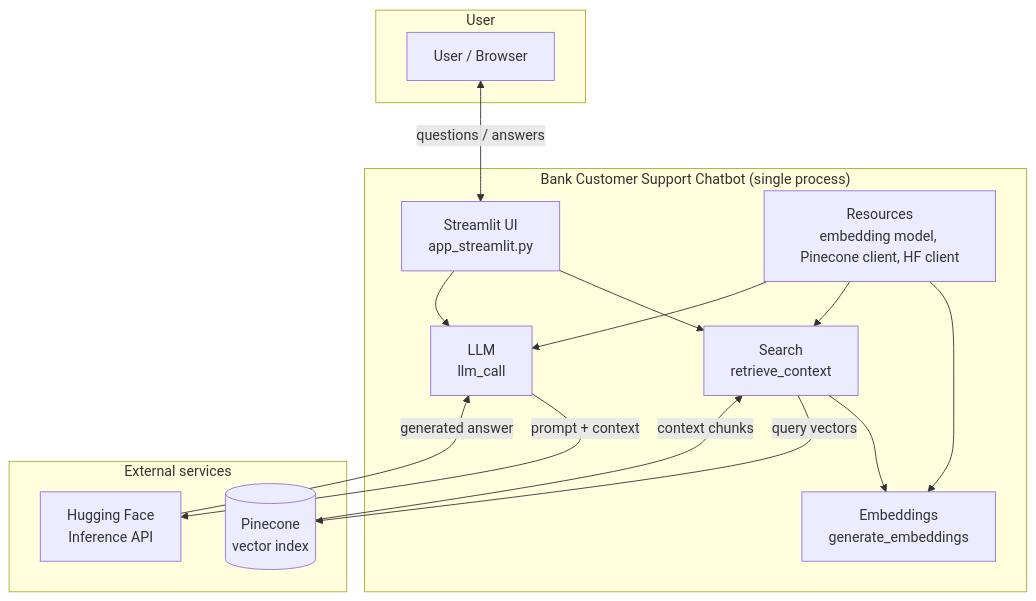
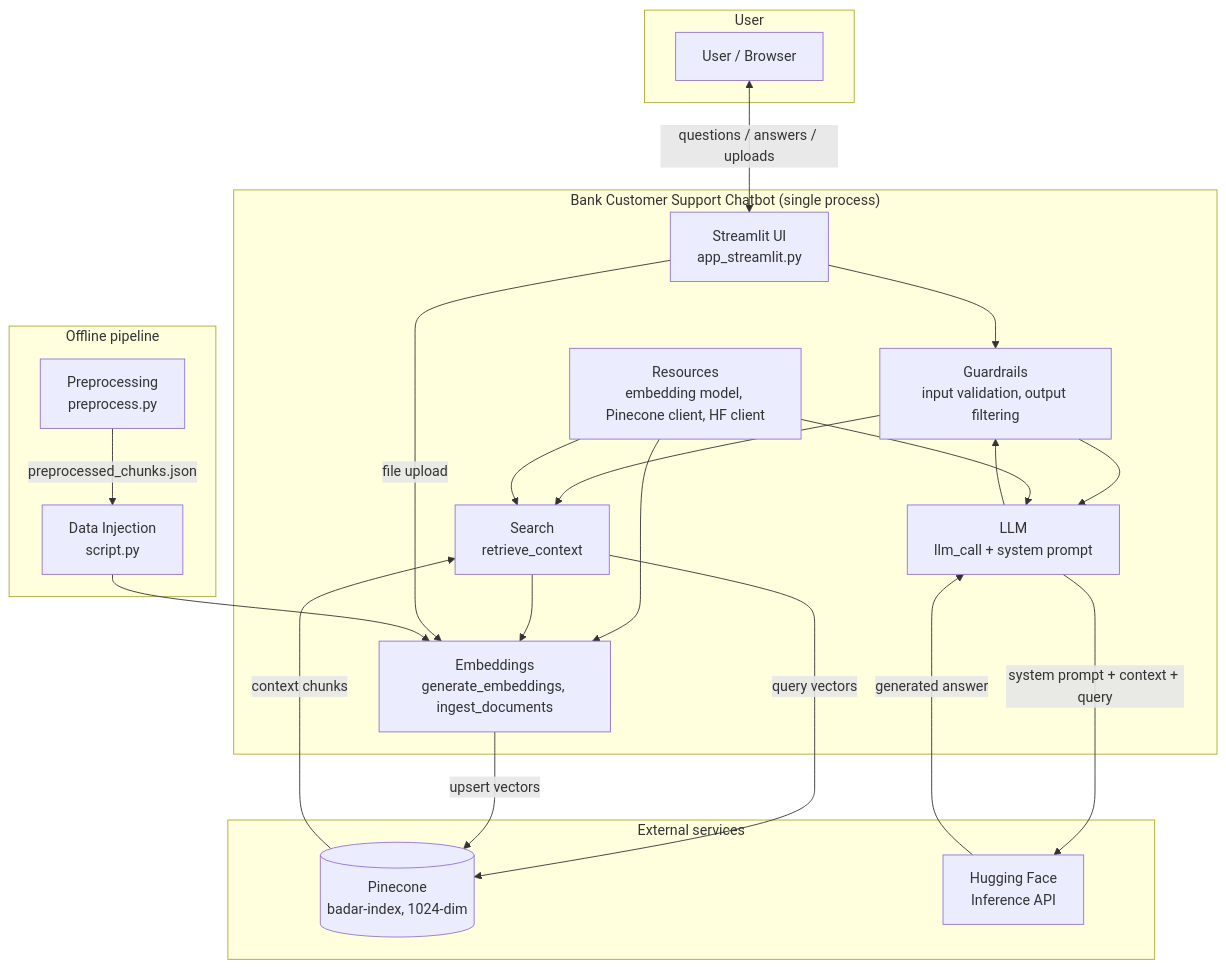
Before and after one commit to AliHaider1415/Bank-Customer-Support: the first of 6 diagrams in ARCHITECTURE.md, drawn with Mermaid. The commit also changed other lines of this file and 1 other file, not shown here.

````diff
--- a/ARCHITECTURE.md
+++ b/ARCHITECTURE.md
@@ -11,31 +11,43 @@
 ```mermaid
 flowchart TB
     subgraph User
         U[User / Browser]
     end
 
     subgraph App["Bank Customer Support Chatbot (single process)"]
         ST[Streamlit UI\napp_streamlit.py]
+        GR[Guardrails\ninput validation, output filtering]
         RES[Resources\nembedding model, Pinecone client, HF client]
-        EMB[Embeddings\ngenerate_embeddings]
+        EMB[Embeddings\ngenerate_embeddings, ingest_documents]
         SRC[Search\nretrieve_context]
-        LLM[LLM\nllm_call]
+        LLM[LLM\nllm_call + system prompt]
+    end
+
+    subgraph Offline["Offline pipeline"]
+        PP[Preprocessing\npreprocess.py]
+        DI[Data Injection\nscript.py]
     end
 
     subgraph External["External services"]
-        PC[(Pinecone\nvector index)]
+        PC[(Pinecone\nbadar-index, 1024-dim)]
         HF[Hugging Face\nInference API]
     end
 
-    U <-->|"questions / answers"| ST
-    ST --> SRC
-    ST --> LLM
+    U <-->|"questions / answers / uploads"| ST
+    ST --> GR
+    GR --> SRC
+    GR --> LLM
     RES --> EMB
     RES --> SRC
     RES --> LLM
     SRC --> EMB
     SRC -->|"query vectors"| PC
     PC -->|"context chunks"| SRC
-    LLM -->|"prompt + context"| HF
+    LLM -->|"system prompt + context + query"| HF
     HF -->|"generated answer"| LLM
+    LLM --> GR
+    ST -->|"file upload"| EMB
+    EMB -->|"upsert vectors"| PC
+    PP -->|"preprocessed_chunks.json"| DI
+    DI --> EMB
 ```
````
